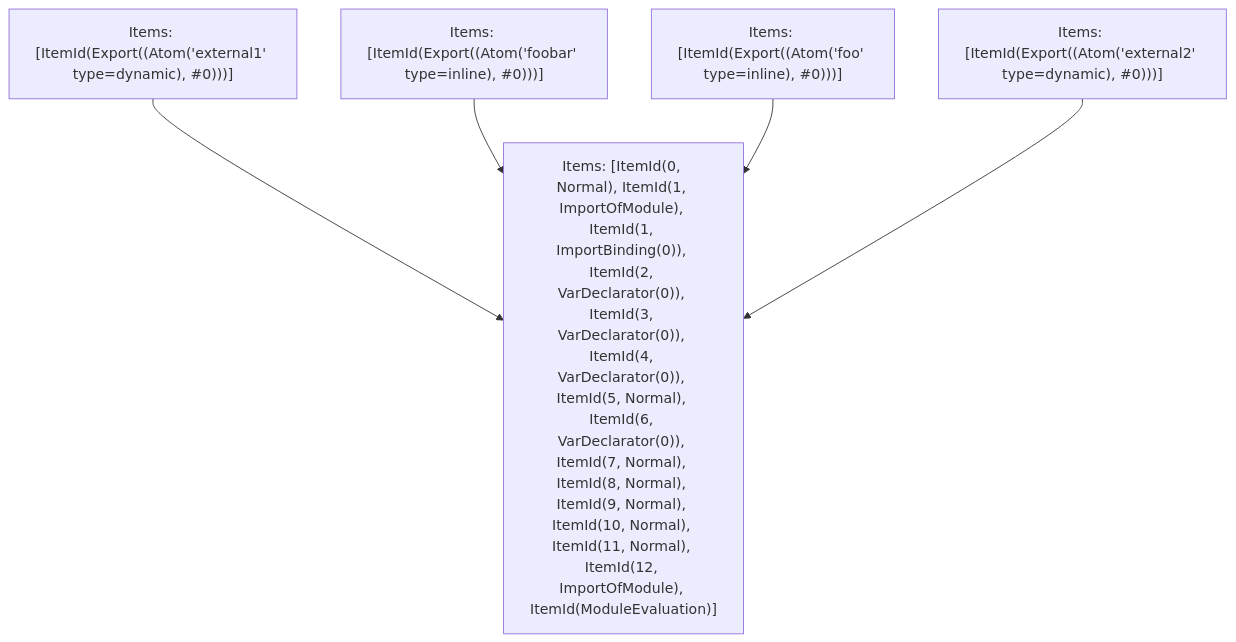
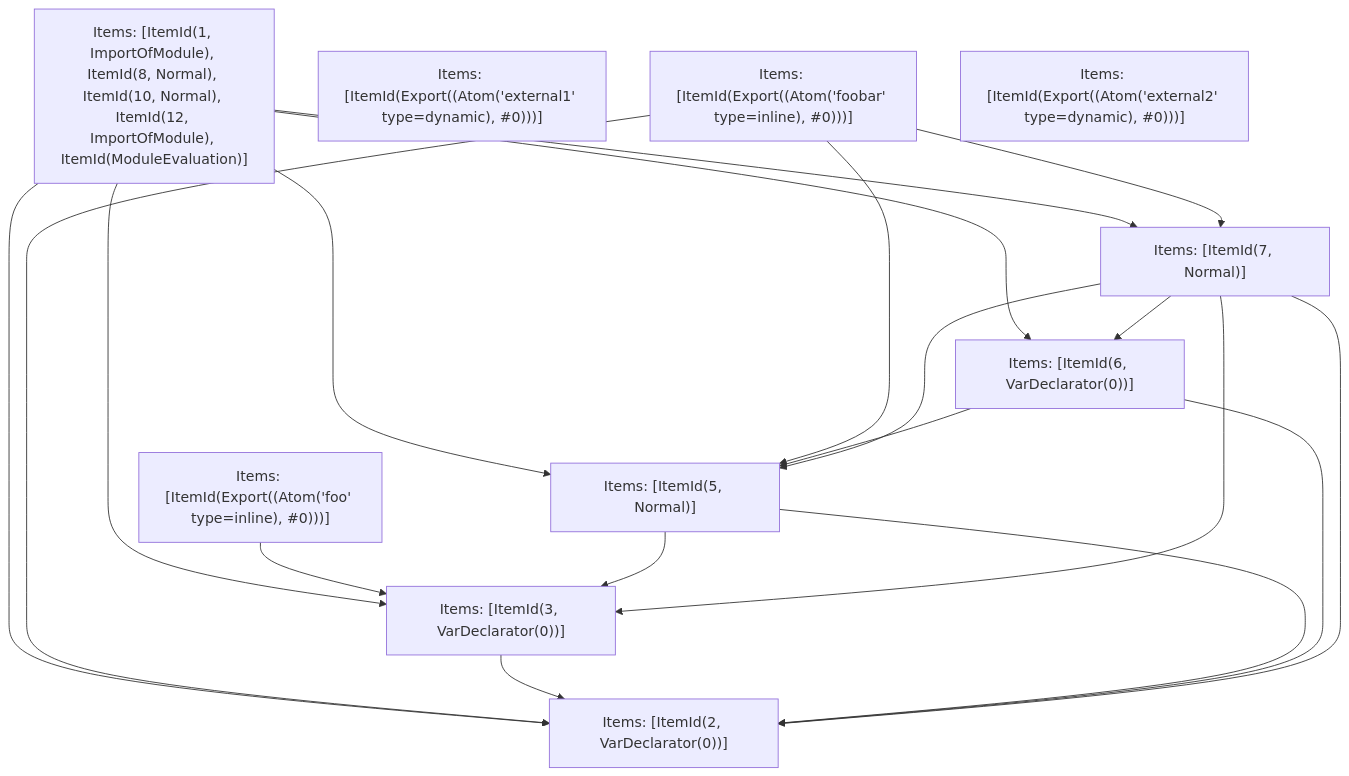
The fifth of 5 diagrams in crates/turbopack-ecmascript/tests/tree-shaker/analyzer/2/output.md (vercel/turborepo), drawn with Mermaid before and after one commit. The commit also changed other lines of this file and 3 other files, not shown here.

````diff
--- a/crates/turbopack-ecmascript/tests/tree-shaker/analyzer/2/output.md
+++ b/crates/turbopack-ecmascript/tests/tree-shaker/analyzer/2/output.md
@@ -370,12 +359,31 @@
 ```mermaid
 graph TD
-    N0["Items: [ItemId(0, Normal), ItemId(1, ImportOfModule), ItemId(1, ImportBinding(0)), ItemId(2, VarDeclarator(0)), ItemId(3, VarDeclarator(0)), ItemId(4, VarDeclarator(0)), ItemId(5, Normal), ItemId(6, VarDeclarator(0)), ItemId(7, Normal), ItemId(8, Normal), ItemId(9, Normal), ItemId(10, Normal), ItemId(11, Normal), ItemId(12, ImportOfModule), ItemId(ModuleEvaluation)]"];
+    N0["Items: [ItemId(1, ImportOfModule), ItemId(8, Normal), ItemId(10, Normal), ItemId(12, ImportOfModule), ItemId(ModuleEvaluation)]"];
     N1["Items: [ItemId(Export((Atom('external1' type=dynamic), #0)))]"];
     N2["Items: [ItemId(Export((Atom('foobar' type=inline), #0)))]"];
     N3["Items: [ItemId(Export((Atom('foo' type=inline), #0)))]"];
     N4["Items: [ItemId(Export((Atom('external2' type=dynamic), #0)))]"];
-    N1 --> N0;
-    N2 --> N0;
-    N3 --> N0;
-    N4 --> N0;
+    N5["Items: [ItemId(2, VarDeclarator(0))]"];
+    N6["Items: [ItemId(3, VarDeclarator(0))]"];
+    N7["Items: [ItemId(5, Normal)]"];
+    N8["Items: [ItemId(6, VarDeclarator(0))]"];
+    N9["Items: [ItemId(7, Normal)]"];
+    N0 --> N8;
+    N0 --> N5;
+    N0 --> N7;
+    N0 --> N9;
+    N0 --> N6;
+    N2 --> N5;
+    N2 --> N7;
+    N2 --> N9;
+    N3 --> N6;
+    N6 --> N5;
+    N7 --> N5;
+    N7 --> N6;
+    N8 --> N5;
+    N8 --> N7;
+    N9 --> N5;
+    N9 --> N7;
+    N9 --> N6;
+    N9 --> N8;
 ```
````
